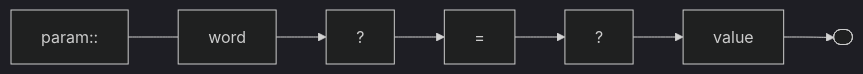
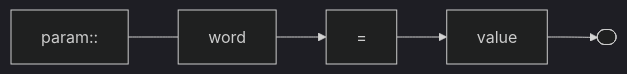
Before and after one commit to andrewfstratton/quandoscript: diagram 14 of 20 in README.md, drawn with Mermaid (dark theme). The commit also changed other lines of this file, not shown here.

Commit message:
remove whitespacing, replace blocks with end sequence

````diff
--- a/README.md
+++ b/README.md
@@ -60,5 +101,5 @@
 ```mermaid
 graph LR
     stop([ ])
-    param:: --- word --> ? --> eq["="]-->rq[?]-->value-->stop
+    param:: --- word --> eq["="]-->value-->stop
 ```
````
